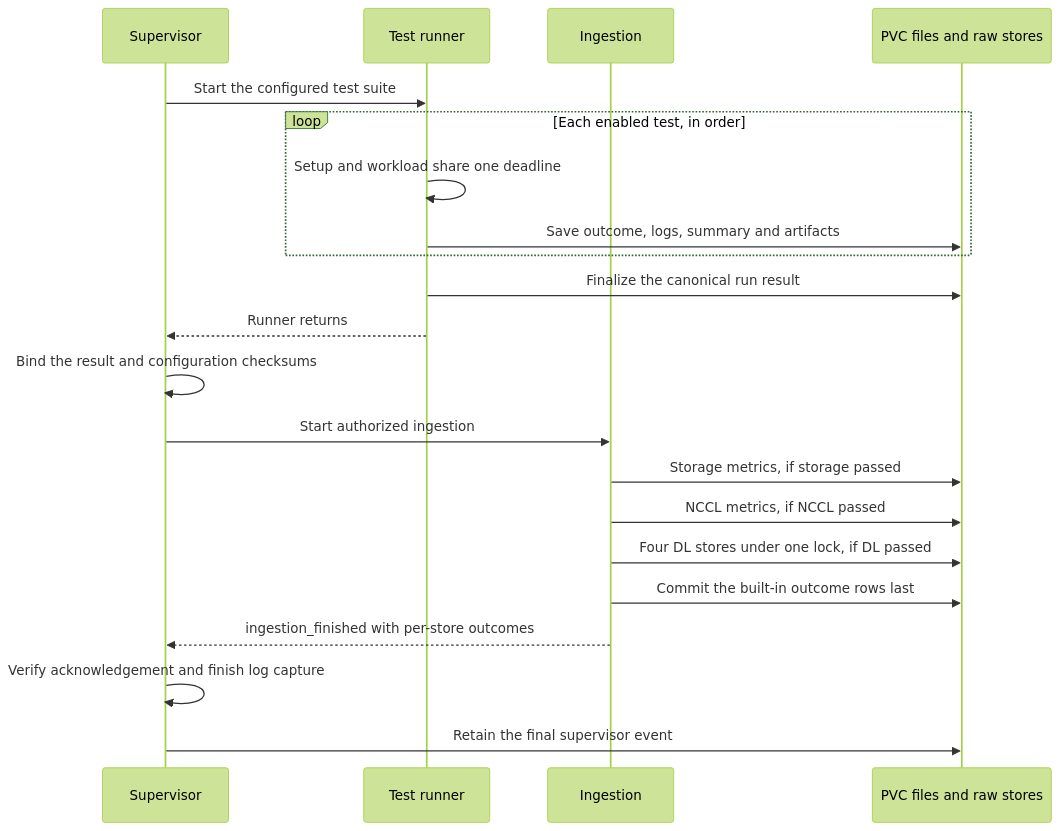
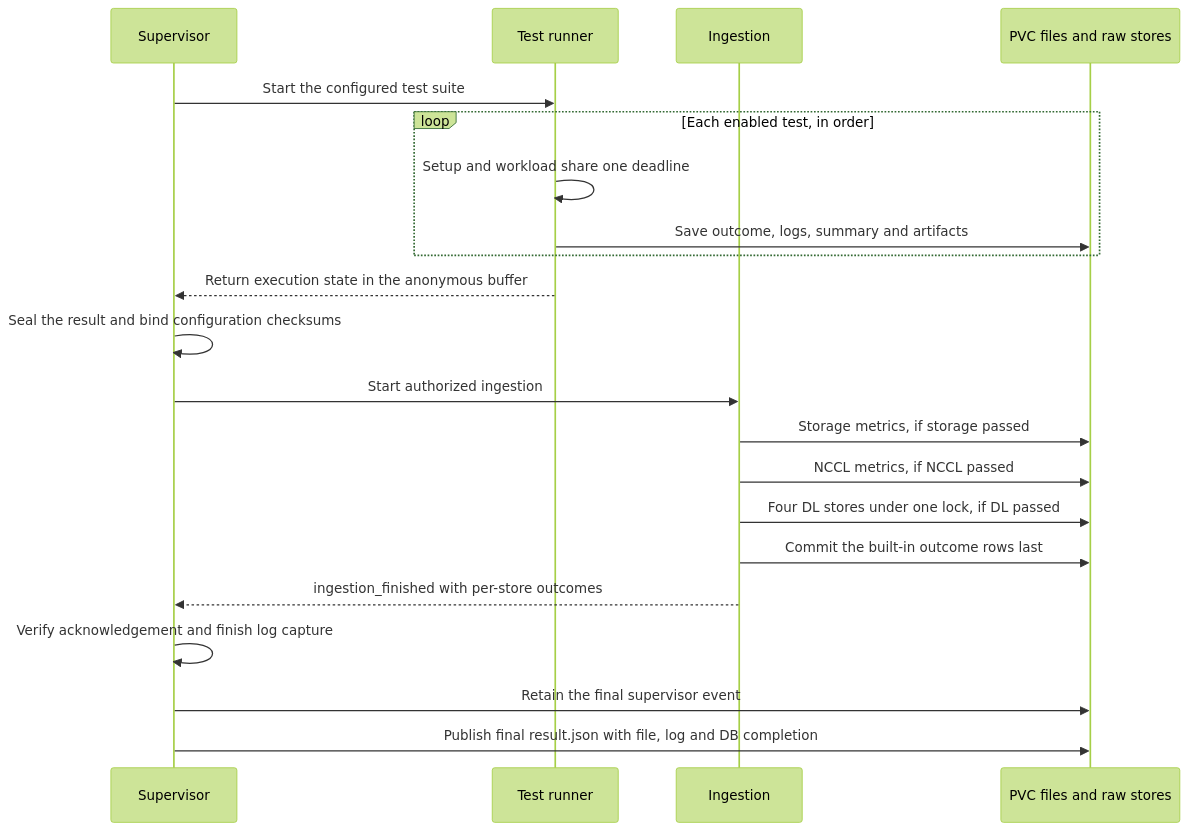
The third of 3 diagrams in docs/architecture.md (IamNirmata/c-val), drawn with Mermaid (forest theme) before and after one commit. The commit also changed other lines of this file and 43 other files, not shown here.

````diff
--- a/docs/architecture.md
+++ b/docs/architecture.md
@@ -282,23 +283,23 @@
 ```mermaid
 sequenceDiagram
    participant S as Supervisor
    participant R as Test runner
    participant I as Ingestion
    participant P as PVC files and raw stores
    S->>R: Start the configured test suite
    loop Each enabled test, in order
       R->>R: Setup and workload share one deadline
       R->>P: Save outcome, logs, summary and artifacts
    end
-   R->>P: Finalize the canonical run result
-   R-->>S: Runner returns
-   S->>S: Bind the result and configuration checksums
+   R-->>S: Return execution state in the anonymous buffer
+   S->>S: Seal the result and bind configuration checksums
    S->>I: Start authorized ingestion
    I->>P: Storage metrics, if storage passed
    I->>P: NCCL metrics, if NCCL passed
    I->>P: Four DL stores under one lock, if DL passed
    I->>P: Commit the built-in outcome rows last
    I-->>S: ingestion_finished with per-store outcomes
    S->>S: Verify acknowledgement and finish log capture
    S->>P: Retain the final supervisor event
+   S->>P: Publish final result.json with file, log and DB completion
 ```
````
